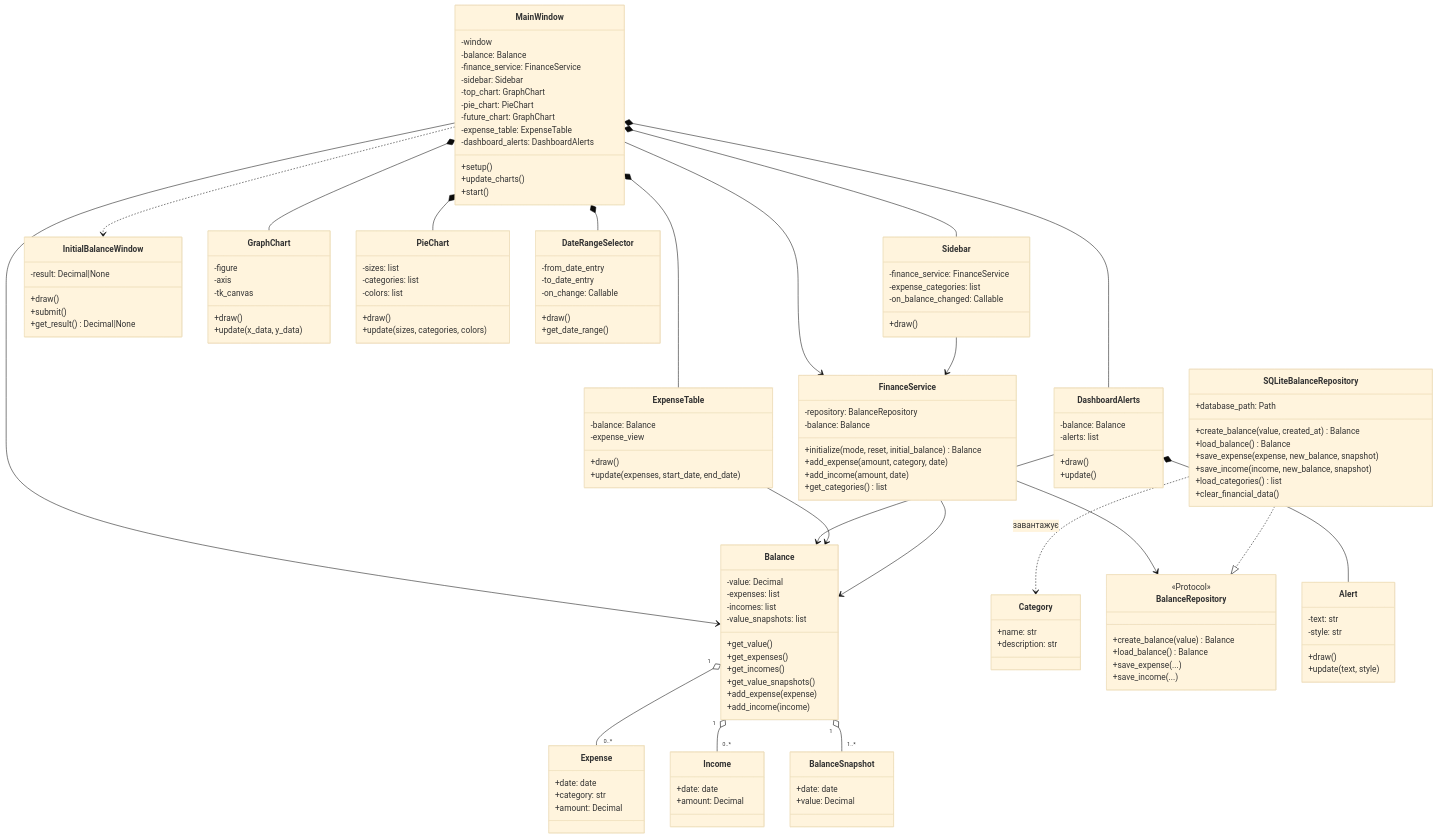
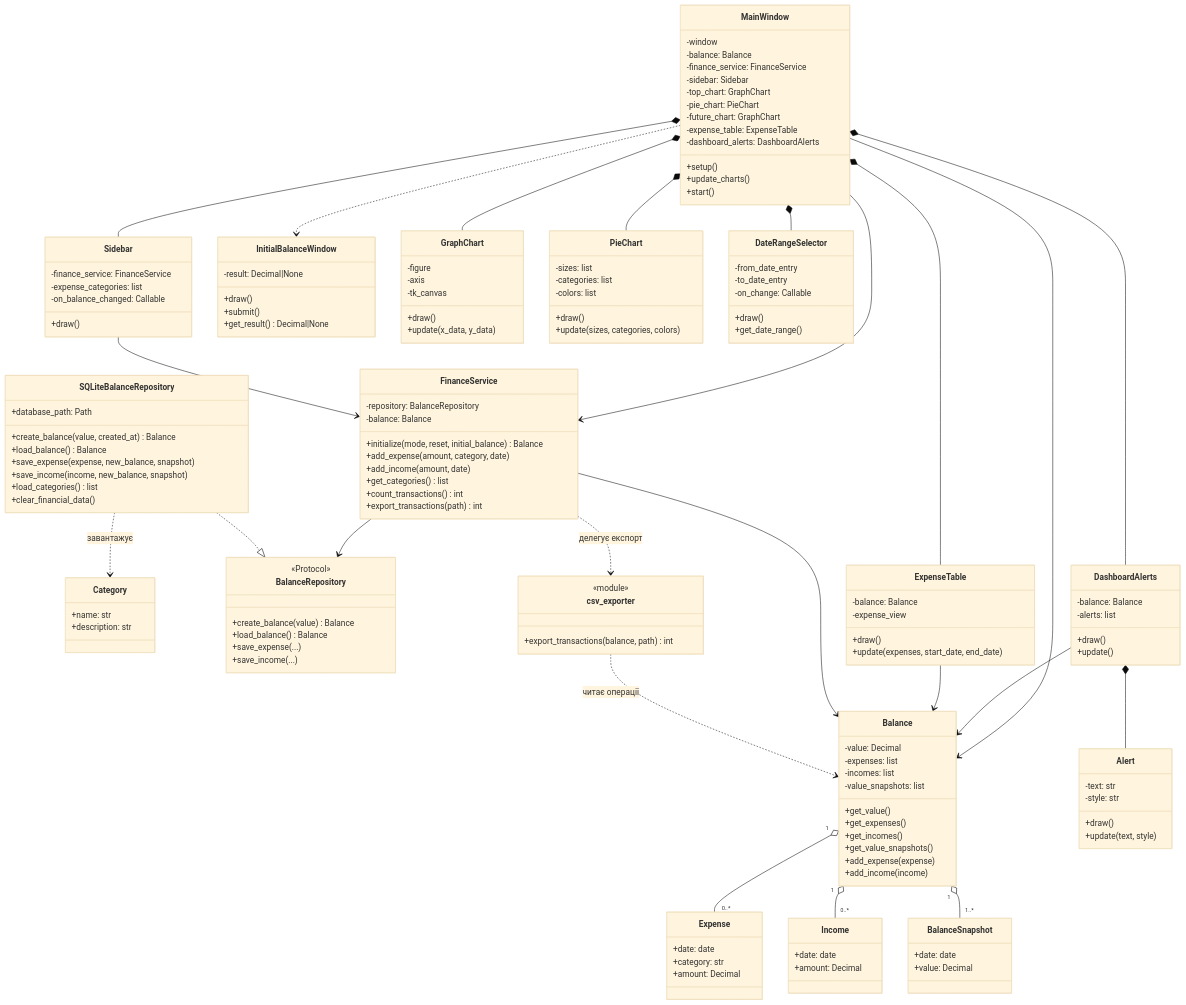
Before and after one commit to IllyaHavrulyk/PythonFinalProject: the second of 8 diagrams in docs/ARCHITECTURE_UA.md, drawn with Mermaid (base theme). The commit also changed other lines of this file and 13 other files, not shown here.

First line of the commit message:
lection11: cover the project with unit tests and refresh the architecture docs

````diff
--- a/docs/ARCHITECTURE_UA.md
+++ b/docs/ARCHITECTURE_UA.md
@@ -180,6 +185,13 @@
         +add_expense(amount, category, date)
         +add_income(amount, date)
         +get_categories() list
+        +count_transactions() int
+        +export_transactions(path) int
+    }
+
+    class csv_exporter {
+        <<module>>
+        +export_transactions(balance, path) int
     }
 
     class Sidebar {
@@ -261,4 +273,6 @@
     FinanceService --> BalanceRepository
     SQLiteBalanceRepository ..|> BalanceRepository
     SQLiteBalanceRepository ..> Category : завантажує
+    FinanceService ..> csv_exporter : делегує експорт
+    csv_exporter ..> Balance : читає операції
 ```
````
